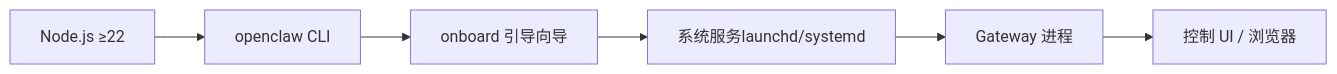
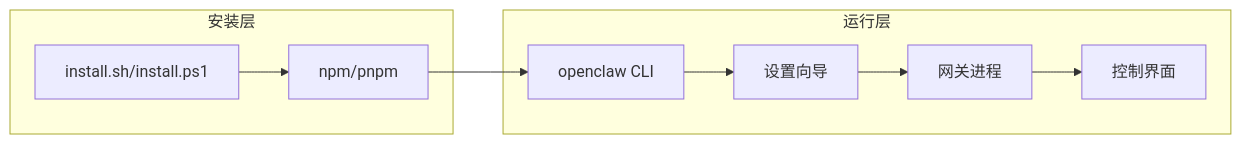
Before and after one commit to botx-work/OpenClaw-Internals: the third of 3 diagrams in repowiki/zh/content/项目概述/快速开始.md, drawn with Mermaid. The commit also changed other lines of this file and 542 other files, not shown here.

````diff
--- a/repowiki/zh/content/项目概述/快速开始.md
+++ b/repowiki/zh/content/项目概述/快速开始.md
@@ -158,8 +190,18 @@
 ```mermaid
 graph LR
-Node["Node.js ≥22"] --> CLI["openclaw CLI"]
-CLI --> Onboard["onboard 引导向导"]
-Onboard --> Daemon["系统服务launchd/systemd"]
-Daemon --> Gateway["Gateway 进程"]
-Gateway --> UI["控制 UI / 浏览器"]
+subgraph "安装层"
+IS["install.sh/install.ps1"]
+PM["npm/pnpm"]
+end
+subgraph "运行层"
+CLI["openclaw CLI"]
+WZ["设置向导"]
+GW["网关进程"]
+UI["控制界面"]
+end
+IS --> PM
+PM --> CLI
+CLI --> WZ
+WZ --> GW
+GW --> UI
 ```
````
